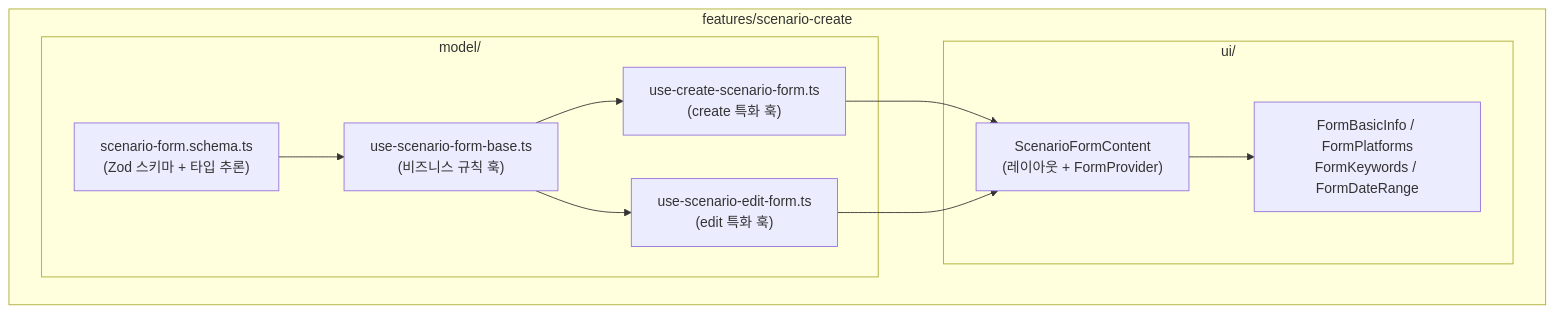
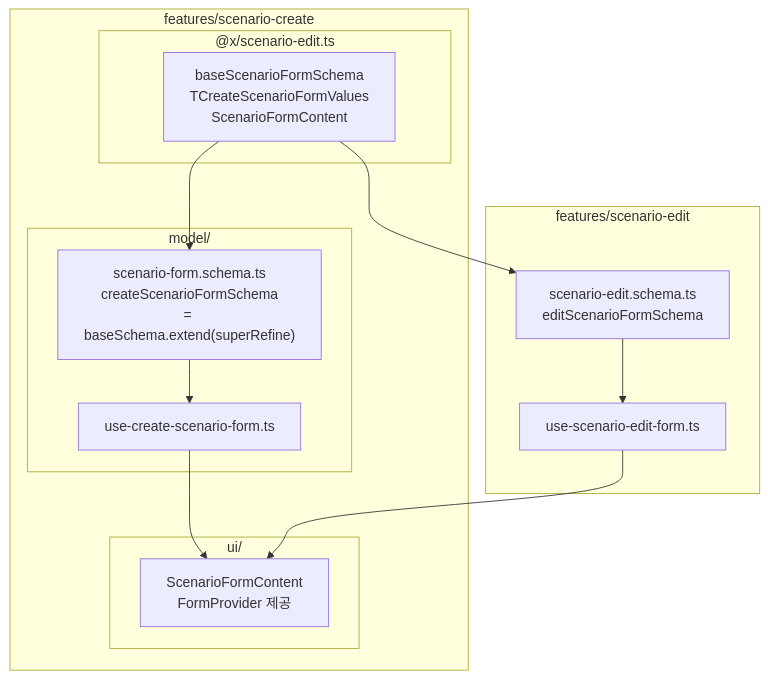
One commit to kimyoungyin/lala-contribution changed the fourth of 5 diagrams in docs/rhf-zod.md. Above: the diagram before and after it, drawn with Mermaid. The commit also changed other lines of this file, not shown here.

````diff
--- a/docs/rhf-zod.md
+++ b/docs/rhf-zod.md
@@ -216,21 +316,26 @@
 ```mermaid
 graph TB
+    subgraph "features/scenario-edit"
+        ES["scenario-edit.schema.ts<br/>editScenarioFormSchema"]
+        EH["use-scenario-edit-form.ts"]
+    end
+
     subgraph "features/scenario-create"
+        subgraph "@x/scenario-edit.ts"
+            BX["baseScenarioFormSchema<br/>TCreateScenarioFormValues<br/>ScenarioFormContent"]
+        end
         subgraph "model/"
-            schema["scenario-form.schema.ts<br/>(Zod 스키마 + 타입 추론)"]
-            base["use-scenario-form-base.ts<br/>(비즈니스 규칙 훅)"]
-            create["use-create-scenario-form.ts<br/>(create 특화 훅)"]
-            edit["use-scenario-edit-form.ts<br/>(edit 특화 훅)"]
+            CS["scenario-form.schema.ts<br/>createScenarioFormSchema<br/>= baseSchema.extend(superRefine)"]
+            CH["use-create-scenario-form.ts"]
         end
         subgraph "ui/"
-            content["ScenarioFormContent<br/>(레이아웃 + FormProvider)"]
-            fields["FormBasicInfo / FormPlatforms<br/>FormKeywords / FormDateRange"]
+            FP["ScenarioFormContent<br/>FormProvider 제공"]
         end
     end
 
-    schema --> base
-    base --> create
-    base --> edit
-    create & edit --> content
-    content --> fields
+    BX --> CS
+    BX --> ES
+    CS --> CH
+    ES --> EH
+    CH & EH --> FP
 ```
````
